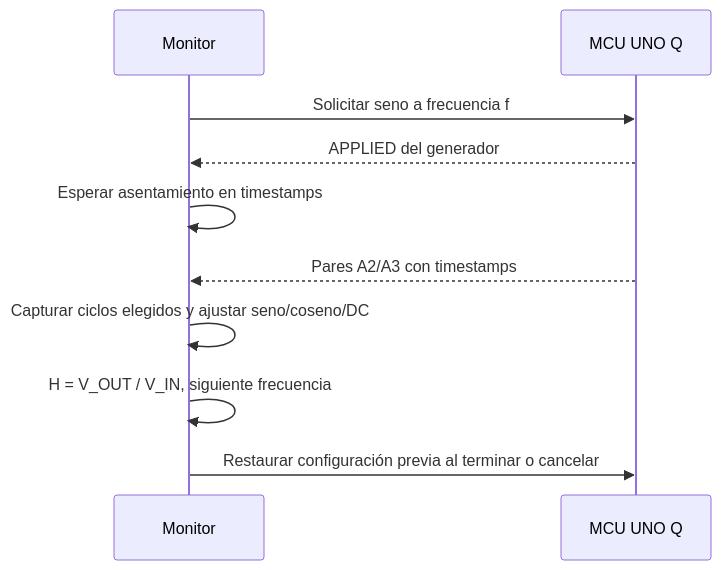
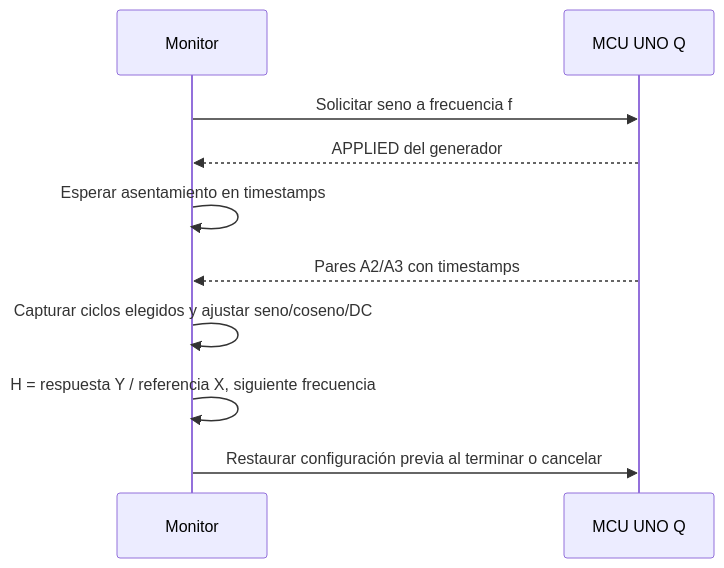
One commit to fmgarciadiaz/SerialPythonMonitor changed the second of 2 diagrams in docs/MONITOR_TECNICO.md. Above: the diagram before and after it, drawn with Mermaid. The commit also changed other lines of this file and 65 other files, not shown here.

````diff
--- a/docs/MONITOR_TECNICO.md
+++ b/docs/MONITOR_TECNICO.md
@@ -46,12 +47,12 @@
 ```mermaid
 sequenceDiagram
  participant UI as Monitor
  participant Q as MCU UNO Q
  UI->>Q: Solicitar seno a frecuencia f
  Q-->>UI: APPLIED del generador
  UI->>UI: Esperar asentamiento en timestamps
  Q-->>UI: Pares A2/A3 con timestamps
  UI->>UI: Capturar ciclos elegidos y ajustar seno/coseno/DC
- UI->>UI: H = V_OUT / V_IN, siguiente frecuencia
+ UI->>UI: H = respuesta Y / referencia X, siguiente frecuencia
  UI->>Q: Restaurar configuración previa al terminar o cancelar
 ```
````
